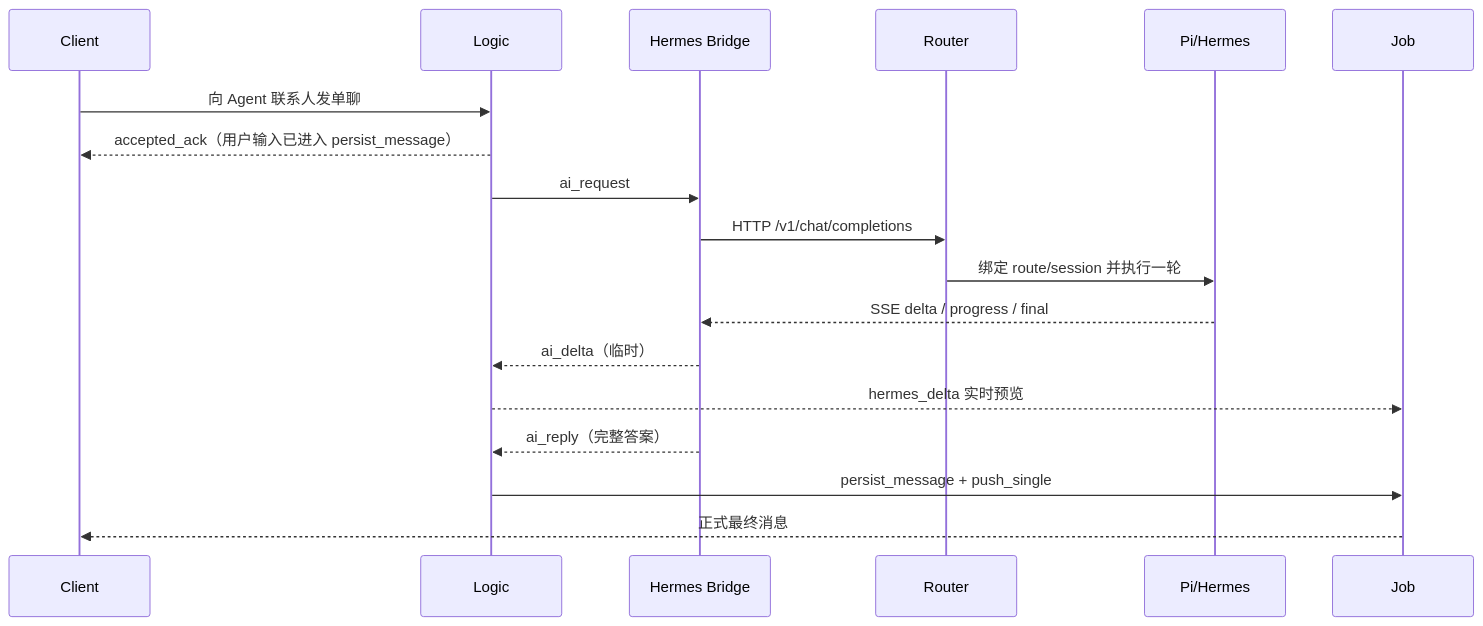
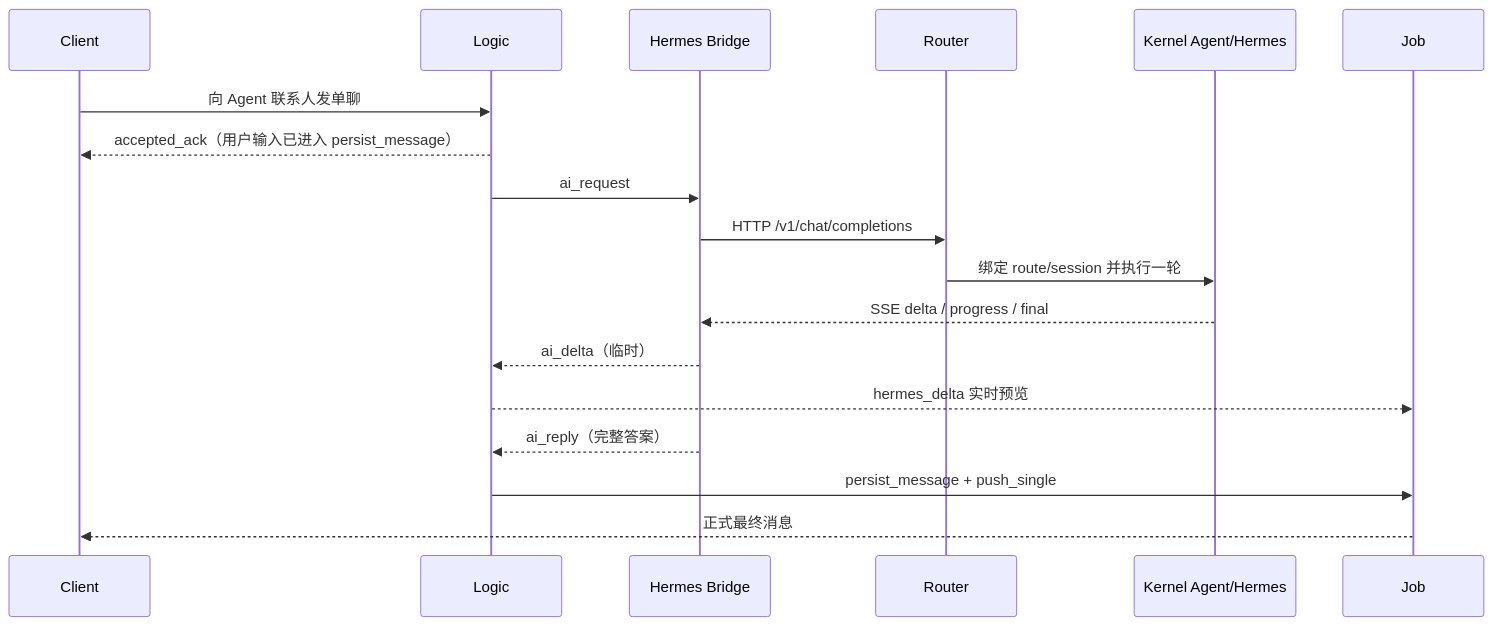
One commit to specetator/grpc_aiagent changed the second of 2 diagrams in docs/spark-push-architecture.md. Above: the diagram before and after it, drawn with Mermaid. The commit also changed other lines of this file and 157 other files, not shown here.

````diff
--- a/docs/spark-push-architecture.md
+++ b/docs/spark-push-architecture.md
@@ -103,21 +103,21 @@
 ```mermaid
 sequenceDiagram
   participant C as Client
   participant L as Logic
   participant B as Hermes Bridge
   participant R as Router
-  participant P as Pi/Hermes
+  participant P as Kernel Agent/Hermes
   participant J as Job
 
   C->>L: 向 Agent 联系人发单聊
   L-->>C: accepted_ack（用户输入已进入 persist_message）
   L->>B: ai_request
   B->>R: HTTP /v1/chat/completions
   R->>P: 绑定 route/session 并执行一轮
   P-->>B: SSE delta / progress / final
   B-->>L: ai_delta（临时）
   L-->>J: hermes_delta 实时预览
   B-->>L: ai_reply（完整答案）
   L->>J: persist_message + push_single
   J-->>C: 正式最终消息
 ```
````
